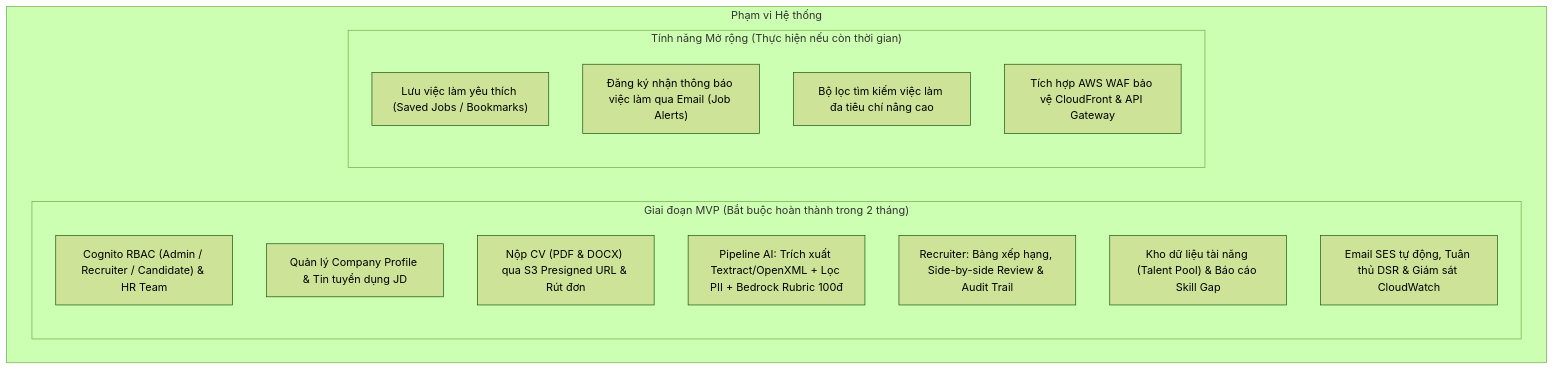
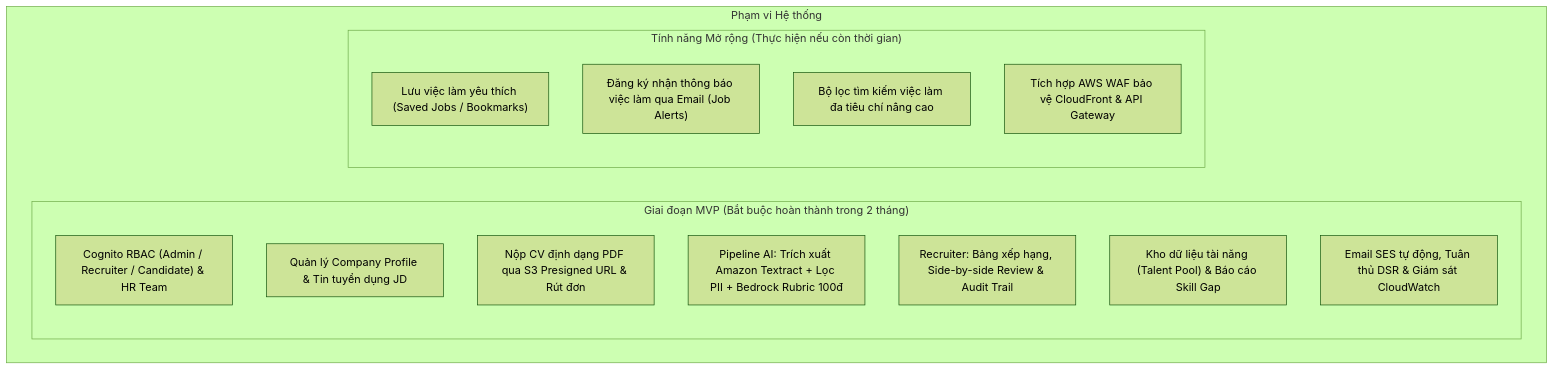
The first of 2 diagrams in docs/proposal/proposal.vi.md (NguyenThanhTin235/aws-ai-cv-screening), drawn with Mermaid (forest theme) before and after one commit. The commit also changed other lines of this file and 34 other files, not shown here.

Commit message:
docs(day-29): add Bedrock prompt specification, standardize PDF-only architecture and update proposal

````diff
--- a/docs/proposal/proposal.vi.md
+++ b/docs/proposal/proposal.vi.md
@@ -44,20 +44,20 @@
 ```mermaid
 graph TD
     subgraph Scope["Phạm vi Hệ thống"]
         subgraph MVP["Giai đoạn MVP (Bắt buộc hoàn thành trong 2 tháng)"]
             A1["Cognito RBAC (Admin / Recruiter / Candidate) & HR Team"]
             A2["Quản lý Company Profile & Tin tuyển dụng JD"]
-            A3["Nộp CV (PDF & DOCX) qua S3 Presigned URL & Rút đơn"]
-            A4["Pipeline AI: Trích xuất Textract/OpenXML + Lọc PII + Bedrock Rubric 100đ"]
+            A3["Nộp CV định dạng PDF qua S3 Presigned URL & Rút đơn"]
+            A4["Pipeline AI: Trích xuất Amazon Textract + Lọc PII + Bedrock Rubric 100đ"]
             A5["Recruiter: Bảng xếp hạng, Side-by-side Review & Audit Trail"]
             A6["Kho dữ liệu tài năng (Talent Pool) & Báo cáo Skill Gap"]
             A7["Email SES tự động, Tuân thủ DSR & Giám sát CloudWatch"]
         end
         subgraph Extended["Tính năng Mở rộng (Thực hiện nếu còn thời gian)"]
             B1["Lưu việc làm yêu thích (Saved Jobs / Bookmarks)"]
             B2["Đăng ký nhận thông báo việc làm qua Email (Job Alerts)"]
             B3["Bộ lọc tìm kiếm việc làm đa tiêu chí nâng cao"]
             B4["Tích hợp AWS WAF bảo vệ CloudFront & API Gateway"]
         end
     end
 ```
````
